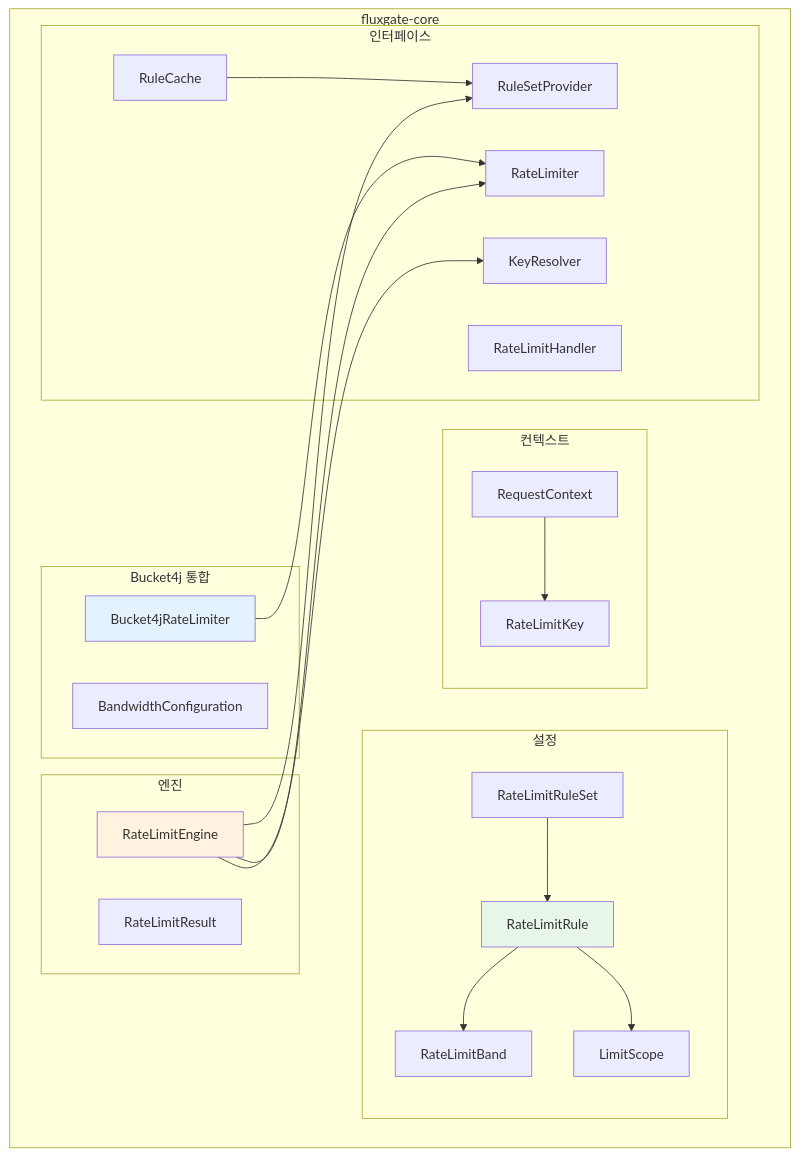
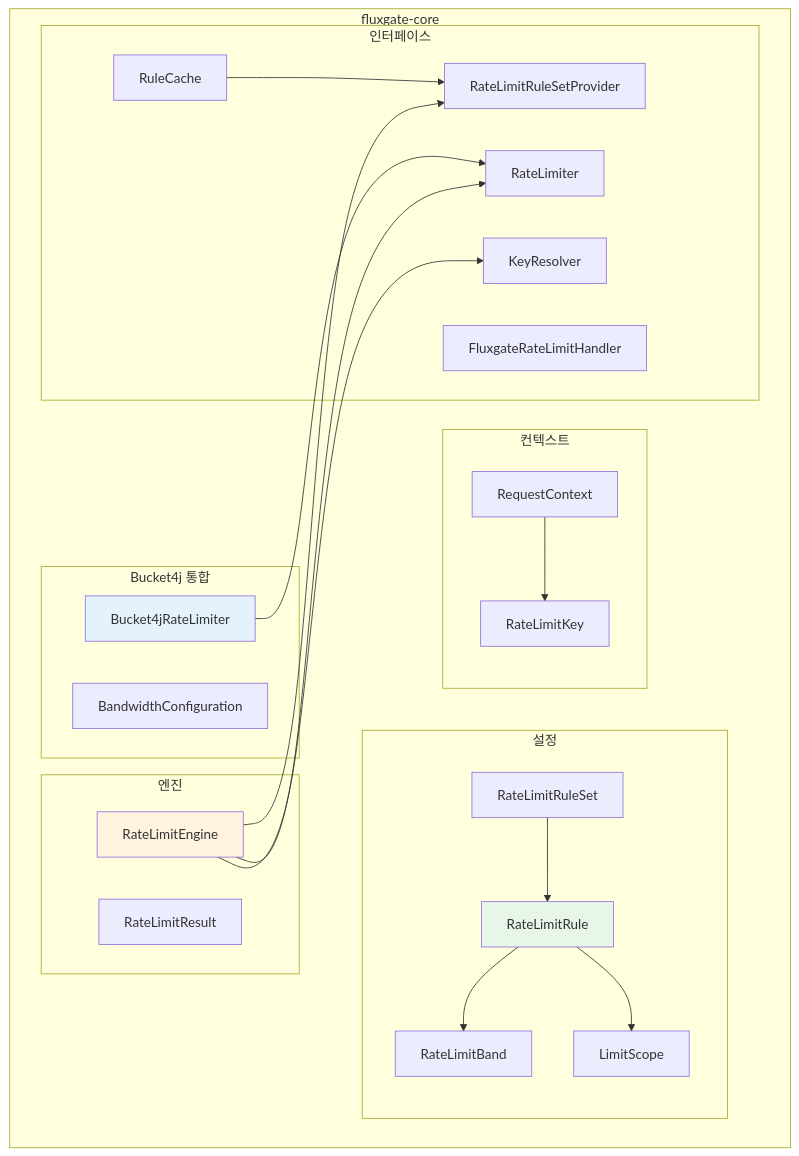
One commit to OpenFluxGate/fluxgate changed the fourth of 11 diagrams in docs/ko/architecture/README.ko.md. Above: the diagram before and after it, drawn with Mermaid. The commit also changed other lines of this file and 33 other files, not shown here.

Commit message:
docs: 0.4 README, CHANGELOG, migration guide and architecture docs (EN/KO)

````diff
--- a/docs/ko/architecture/README.ko.md
+++ b/docs/ko/architecture/README.ko.md
@@ -276,48 +287,48 @@
 ```mermaid
 flowchart TB
     subgraph Core["fluxgate-core"]
         subgraph Config["설정"]
             RULE[RateLimitRule]
             BAND[RateLimitBand]
             RSET[RateLimitRuleSet]
             SCOPE[LimitScope]
         end
 
         subgraph Context["컨텍스트"]
             RCTX[RequestContext]
             RKEY[RateLimitKey]
         end
 
         subgraph EngineCore["엔진"]
             ENG[RateLimitEngine]
             RES[RateLimitResult]
         end
 
         subgraph Interfaces["인터페이스"]
             IRL[RateLimiter]
-            IPROV[RuleSetProvider]
+            IPROV[RateLimitRuleSetProvider]
             IKEY[KeyResolver]
-            IHAND[RateLimitHandler]
+            IHAND[FluxgateRateLimitHandler]
             ICACHE[RuleCache]
         end
 
         subgraph Bucket4j["Bucket4j 통합"]
             B4J[Bucket4jRateLimiter]
             BCONF[BandwidthConfiguration]
         end
     end
 
     RULE --> BAND
     RULE --> SCOPE
     RSET --> RULE
     RCTX --> RKEY
     ENG --> IPROV
     ENG --> IRL
     ENG --> IKEY
     B4J --> IRL
     ICACHE --> IPROV
 
     style RULE fill:#e8f5e9
     style ENG fill:#fff3e0
     style B4J fill:#e3f2fd
 ```
````
